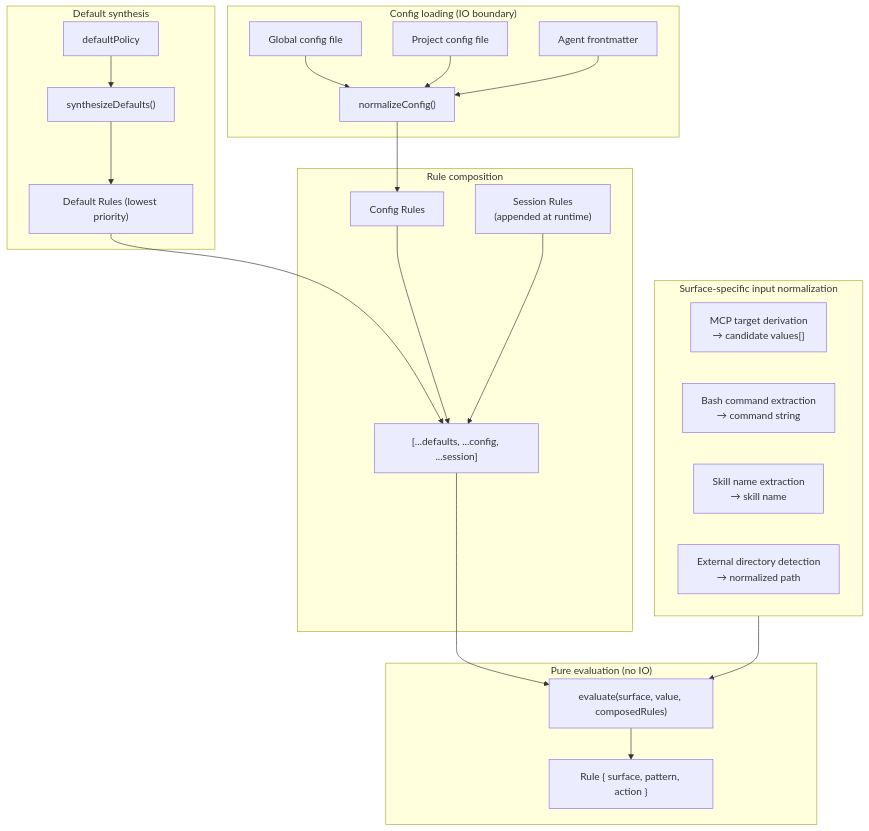
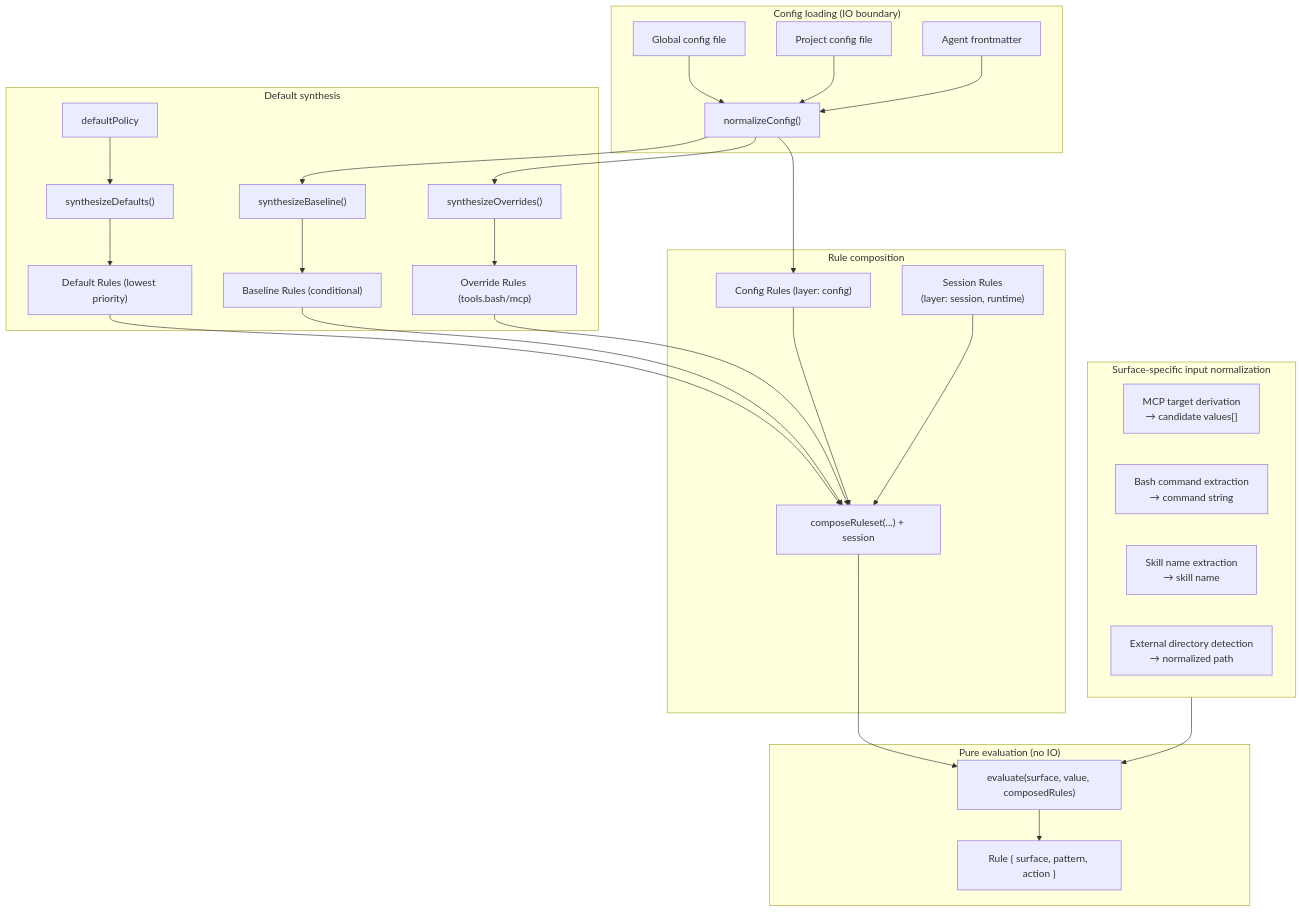
One commit to sycghj/pi-permission-system changed the first of 4 diagrams in docs/architecture/target-architecture.md. Above: the diagram before and after it, drawn with Mermaid. The commit also changed other lines of this file and 1 other file, not shown here.

Commit message:
docs: update architecture for synthesized defaults and deprecate getSurfaceDefault() (#65)

````diff
--- a/docs/architecture/target-architecture.md
+++ b/docs/architecture/target-architecture.md
@@ -115,39 +150,45 @@
 ```mermaid
 flowchart TD
     subgraph Load["Config loading (IO boundary)"]
         GF["Global config file"]
         PF["Project config file"]
         AF["Agent frontmatter"]
         GF --> Norm["normalizeConfig()"]
         PF --> Norm
         AF --> Norm
     end
 
     subgraph Defaults["Default synthesis"]
         DP["defaultPolicy"] --> Synth["synthesizeDefaults()"]
         Synth --> DR["Default Rules (lowest priority)"]
+        Norm --> BL["synthesizeBaseline()"]
+        BL --> BR["Baseline Rules (conditional)"]
+        Norm --> OV["synthesizeOverrides()"]
+        OV --> OR["Override Rules (tools.bash/mcp)"]
     end
 
-    Norm --> CR["Config Rules"]
-    SA["Session Rules<br/>(appended at runtime)"]
+    Norm --> CR["Config Rules (layer: config)"]
+    SA["Session Rules<br/>(layer: session, runtime)"]
 
     subgraph Compose["Rule composition"]
-        DR --> Concat["[...defaults, ...config, ...session]"]
+        DR --> Concat["composeRuleset(...) + session"]
+        BR --> Concat
+        OR --> Concat
         CR --> Concat
         SA --> Concat
     end
 
     subgraph Eval["Pure evaluation (no IO)"]
         Concat --> E["evaluate(surface, value, composedRules)"]
         E --> Decision["Rule { surface, pattern, action }"]
     end
 
     subgraph PreProcess["Surface-specific input normalization"]
         MCP["MCP target derivation<br/>→ candidate values[]"]
         Bash["Bash command extraction<br/>→ command string"]
         Skill["Skill name extraction<br/>→ skill name"]
         ExtDir["External directory detection<br/>→ normalized path"]
     end
 
     PreProcess --> E
 ```
````
